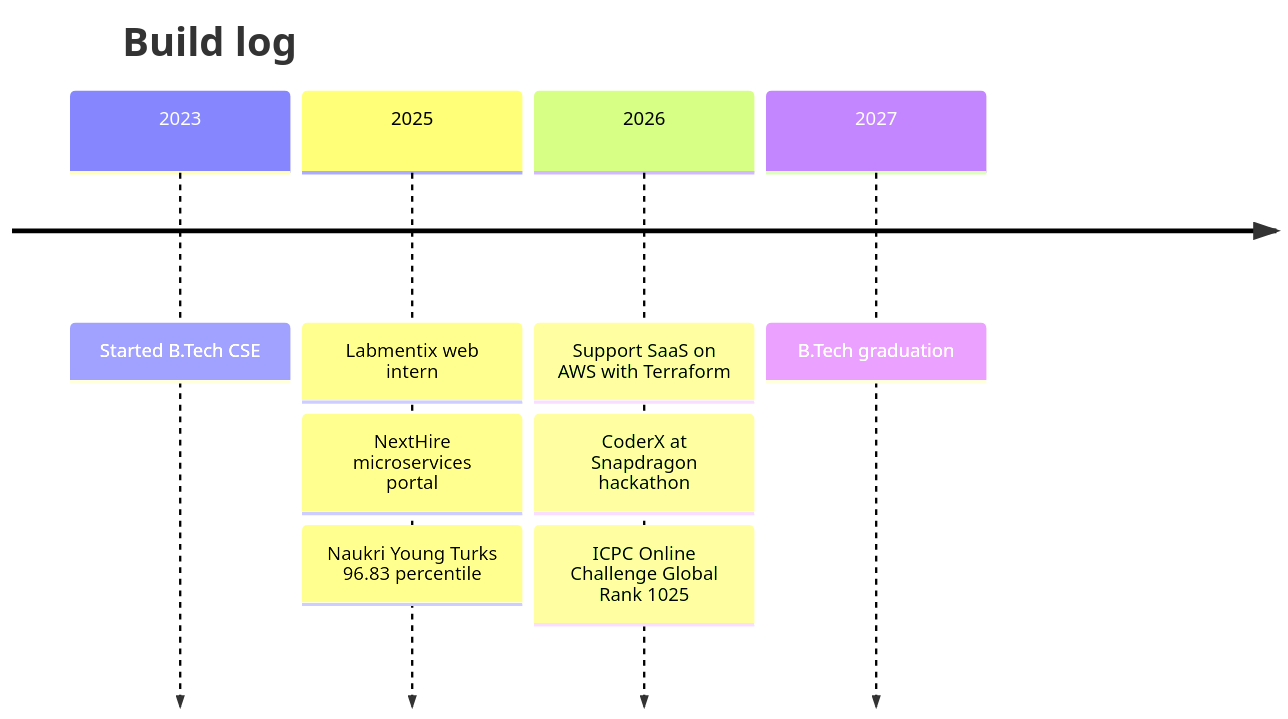
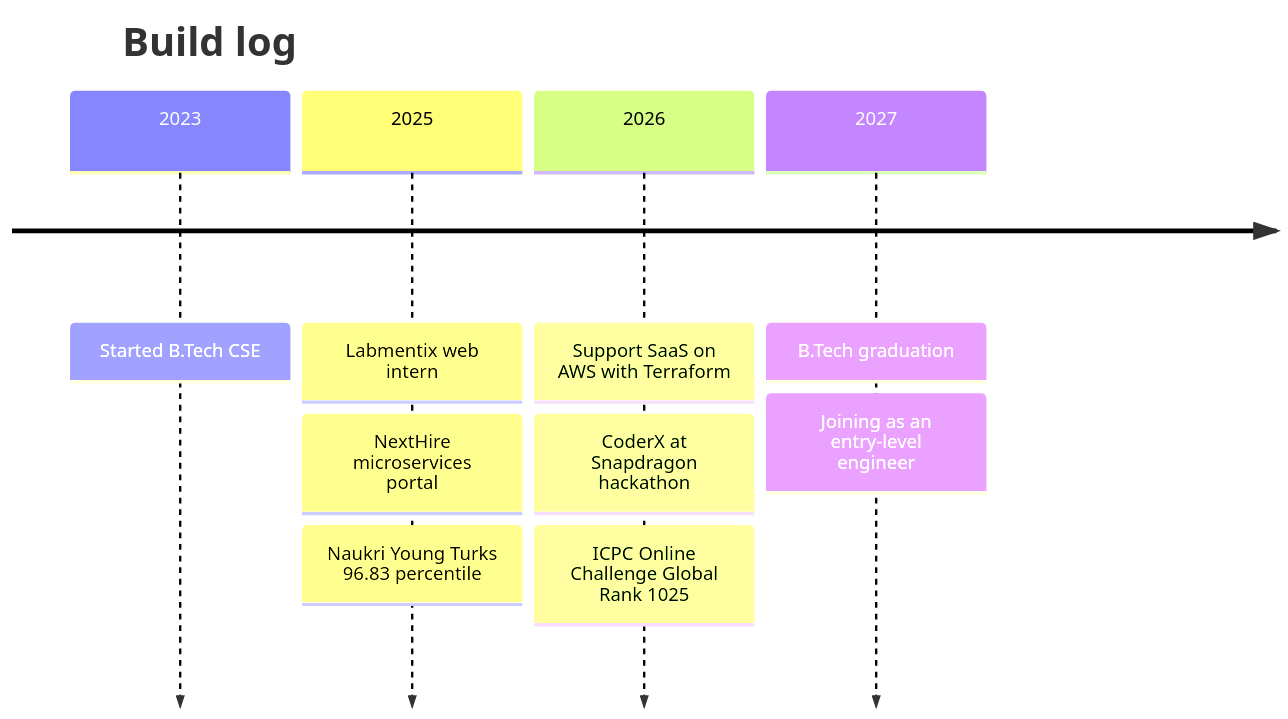
Before and after one commit to Suraj854204/Readme-Profile: the eighth of 8 diagrams in README.md, drawn with Mermaid. The commit also changed other lines of this file, not shown here.

````diff
--- a/README.md
+++ b/README.md
@@ -377,12 +381,13 @@
 ```mermaid
 timeline
     title Build log
     2023 : Started B.Tech CSE
     2025 : Labmentix web intern
          : NextHire microservices portal
          : Naukri Young Turks 96.83 percentile
     2026 : Support SaaS on AWS with Terraform
          : CoderX at Snapdragon hackathon
          : ICPC Online Challenge Global Rank 1025
     2027 : B.Tech graduation
+         : Joining as an entry-level engineer
 ```
````
